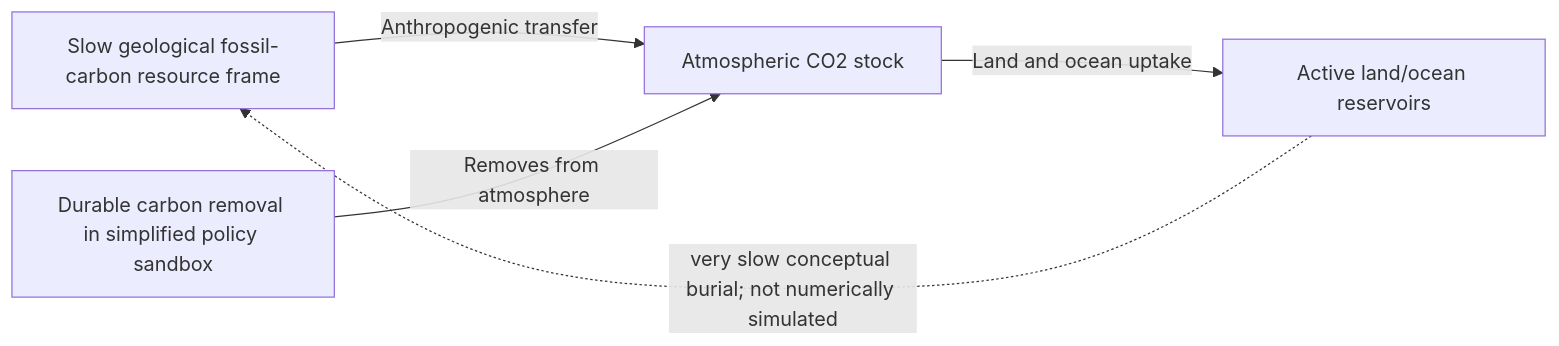
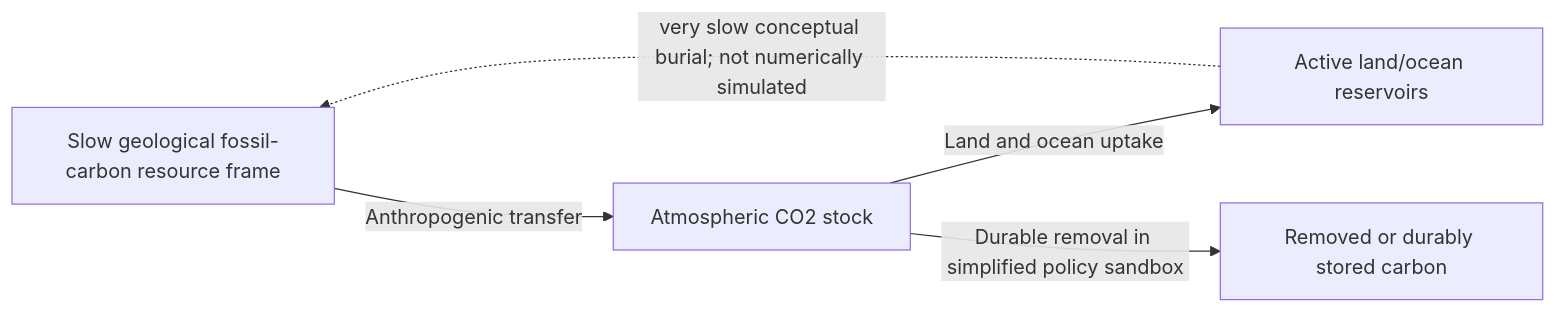
One commit to Aryakia/carbon-cycle-demo changed the diagram in docs/VISUAL_CASE_STUDY.md. Above: the diagram before and after it, drawn with Mermaid. The commit also changed other lines of this file, not shown here.

Commit message:
docs(showcase): correct durable-removal arrow direction

````diff
--- a/docs/VISUAL_CASE_STUDY.md
+++ b/docs/VISUAL_CASE_STUDY.md
@@ -9,7 +9,7 @@
 ```mermaid
 flowchart LR
   G[Slow geological fossil-carbon resource frame] -->|Anthropogenic transfer| A[Atmospheric CO2 stock]
   A -->|Land and ocean uptake| S[Active land/ocean reservoirs]
   S -. very slow conceptual burial; not numerically simulated .-> G
-  R[Durable carbon removal in simplified policy sandbox] -->|Removes from atmosphere| A
+  A -->|Durable removal in simplified policy sandbox| R[Removed or durably stored carbon]
 ```
````
